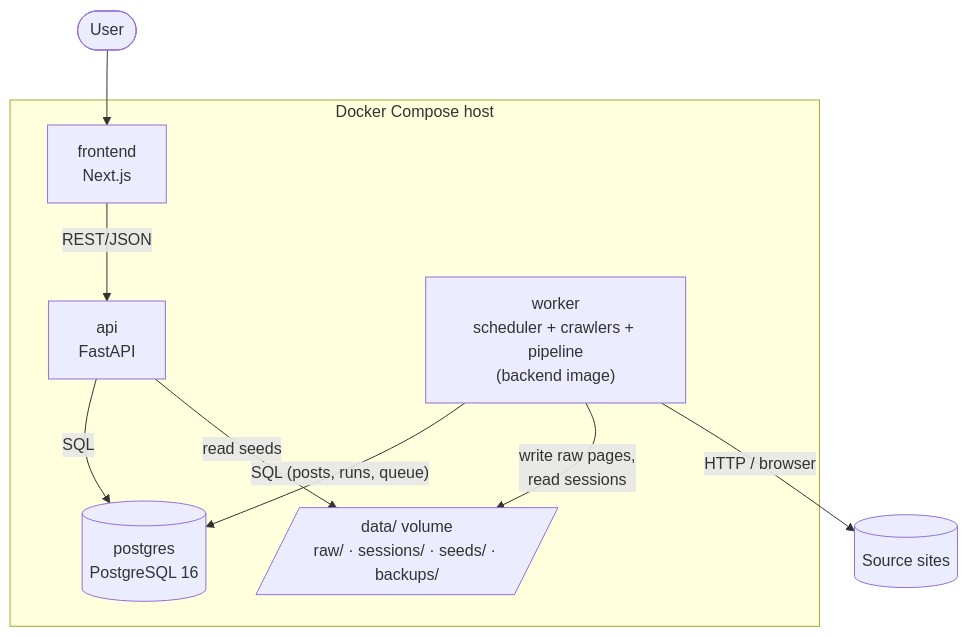
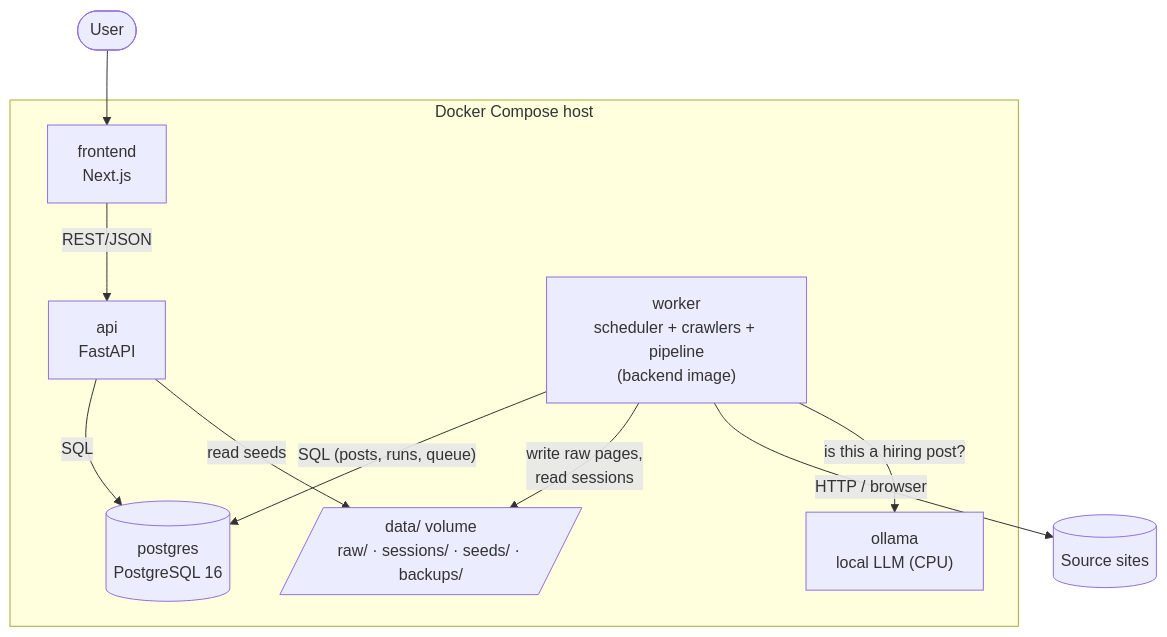
The second of 8 diagrams in docs/ARCHITECTURE.md (Corbin09/StreamFeed), drawn with Mermaid before and after one commit. The commit also changed other lines of this file and 15 other files, not shown here.

First line of the commit message:
Facebook hiring filter: local LLM (Ollama, Arcee-VyLinh 3B) with contact-rule fallback

````diff
--- a/docs/ARCHITECTURE.md
+++ b/docs/ARCHITECTURE.md
@@ -58,17 +58,19 @@
 ```mermaid
 flowchart TB
     subgraph host["Docker Compose host"]
         fe["frontend<br/>Next.js"]
         api["api<br/>FastAPI"]
         worker["worker<br/>scheduler + crawlers + pipeline<br/>(backend image)"]
         db[("postgres<br/>PostgreSQL 16")]
+        llm["ollama<br/>local LLM (CPU)"]
         vol[/"data/ volume<br/>raw/ · sessions/ · seeds/ · backups/"/]
     end
     user([User]) --> fe
     fe -- "REST/JSON" --> api
     api -- "SQL" --> db
     worker -- "SQL (posts, runs, queue)" --> db
     worker -- "write raw pages,<br/>read sessions" --> vol
     api -- "read seeds" --> vol
     worker -- "HTTP / browser" --> ext[(Source sites)]
+    worker -- "is this a hiring post?" --> llm
 ```
````
